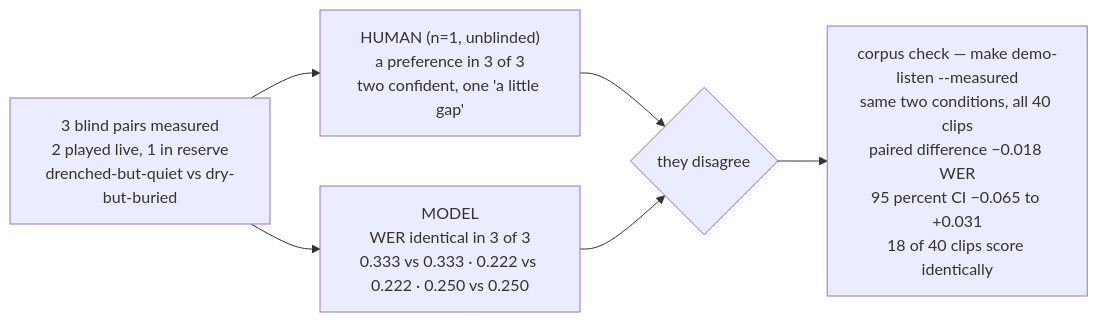
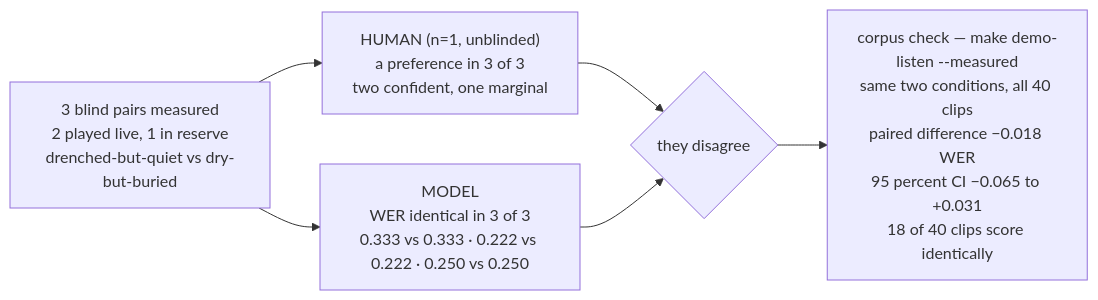
Before and after one commit to sundarsubramanian22/deadzone: the second of 3 diagrams in README.md, drawn with Mermaid. The commit also changed other lines of this file and 1 other file, not shown here.

````diff
--- a/README.md
+++ b/README.md
@@ -126,8 +126,8 @@
 ```mermaid
 flowchart LR
-  P["3 blind pairs measured<br/>2 played live, 1 in reserve<br/>drenched-but-quiet vs dry-but-buried"] --> H["HUMAN (n=1, unblinded)<br/>a preference in 3 of 3<br/>two confident, one 'a little gap'"]
+  P["3 blind pairs measured<br/>2 played live, 1 in reserve<br/>drenched-but-quiet vs dry-but-buried"] --> H["HUMAN (n=1, unblinded)<br/>a preference in 3 of 3<br/>two confident, one marginal"]
   P --> M["MODEL<br/>WER identical in 3 of 3<br/>0.333 vs 0.333 · 0.222 vs 0.222 · 0.250 vs 0.250"]
   H --> D{"they disagree"}
   M --> D
   D --> C["corpus check — make demo-listen --measured<br/>same two conditions, all 40 clips<br/>paired difference −0.018 WER<br/>95 percent CI −0.065 to +0.031<br/>18 of 40 clips score identically"]
 ```
````
